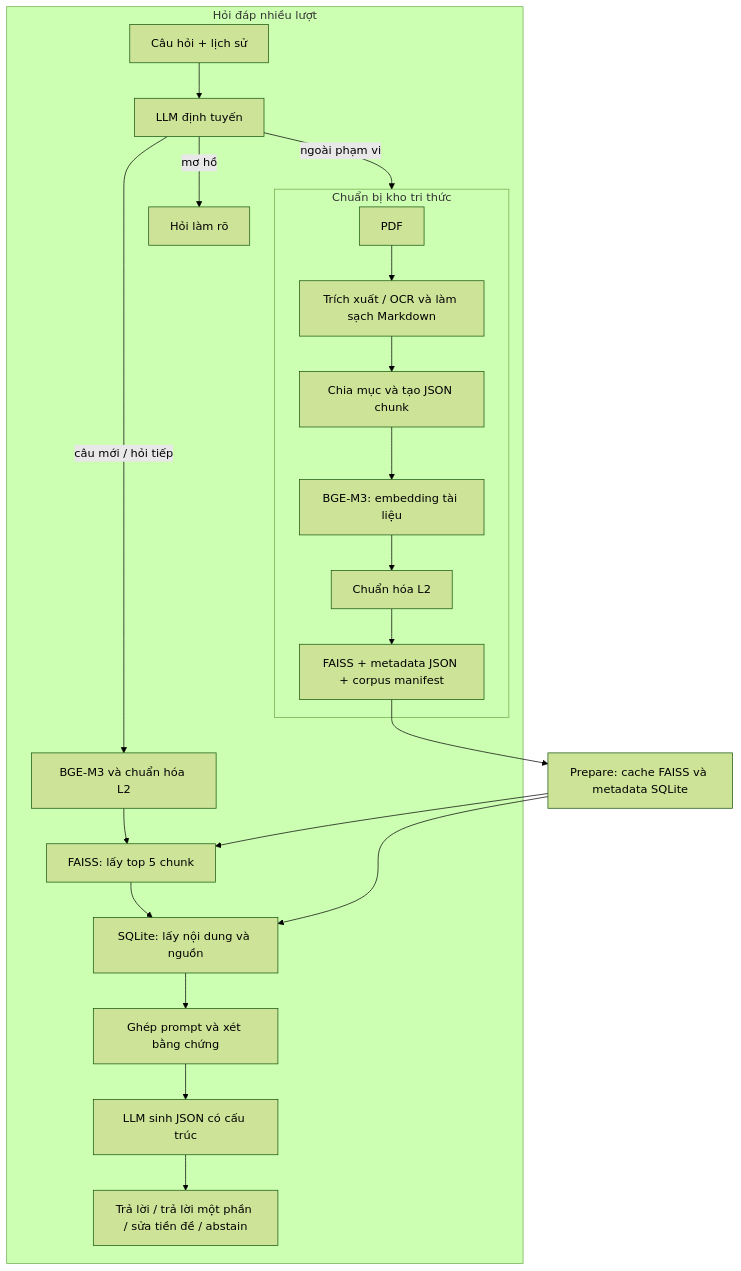
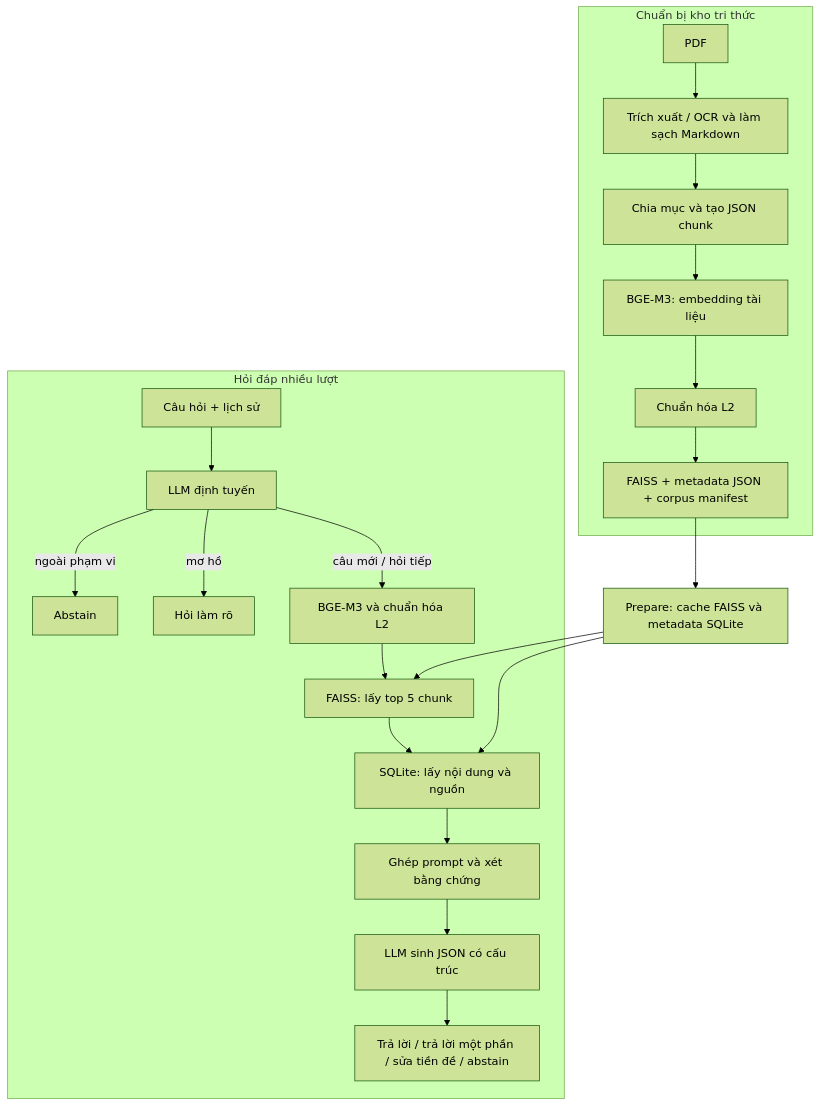
Before and after one commit to qtamtensor05/ViGovBot: the diagram in docs/trien-khai-rag-co-ban.md, drawn with Mermaid (forest theme). The commit also changed other lines of this file and 8 other files, not shown here.

Commit message:
docs: synchronize RAG deployment and architecture

````diff
--- a/docs/trien-khai-rag-co-ban.md
+++ b/docs/trien-khai-rag-co-ban.md
@@ -37,24 +37,24 @@
 ```mermaid
 flowchart TD
-    subgraph A[Chuẩn bị kho tri thức]
+    subgraph PREP[Chuẩn bị kho tri thức]
         P[PDF] --> X[Trích xuất / OCR và làm sạch Markdown]
         X --> C[Chia mục và tạo JSON chunk]
         C --> E[BGE-M3: embedding tài liệu]
         E --> N[Chuẩn hóa L2]
         N --> F[FAISS + metadata JSON + corpus manifest]
     end
     F --> S[Prepare: cache FAISS và metadata SQLite]
     subgraph B[Hỏi đáp nhiều lượt]
         Q[Câu hỏi + lịch sử] --> G[LLM định tuyến]
-        G -->|ngoài phạm vi| A[Abstain]
+        G -->|ngoài phạm vi| AB[Abstain]
         G -->|mơ hồ| H[Hỏi làm rõ]
         G -->|câu mới / hỏi tiếp| QE[BGE-M3 và chuẩn hóa L2]
         QE --> R[FAISS: lấy top 5 chunk]
         R --> D[SQLite: lấy nội dung và nguồn]
         D --> T[Ghép prompt và xét bằng chứng]
         T --> L[LLM sinh JSON có cấu trúc]
         L --> O[Trả lời / trả lời một phần / sửa tiền đề / abstain]
     end
     S --> R
     S --> D
 ```
````
